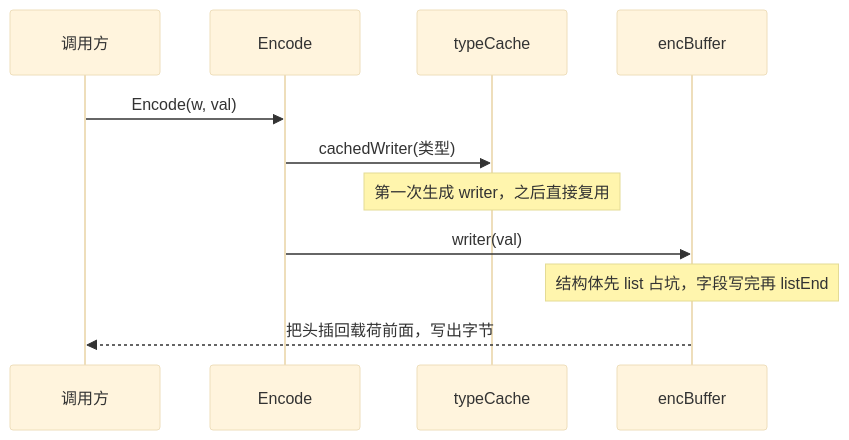
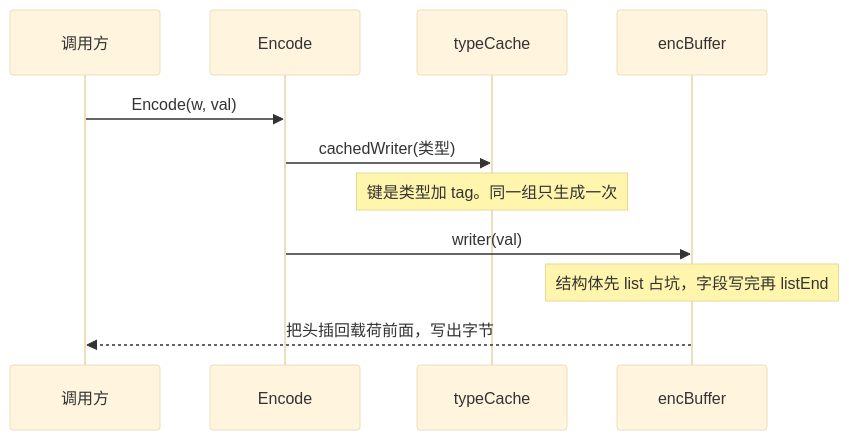
The sixth of 8 diagrams in rlp/LEARNING.md (lirui311012/go-ethereum), drawn with Mermaid (base theme) before and after one commit. The commit also changed other lines of this file, not shown here.

````diff
--- a/rlp/LEARNING.md
+++ b/rlp/LEARNING.md
@@ -238,14 +239,14 @@
 ```mermaid
 sequenceDiagram
     participant 调用方
     participant Encode
     participant 缓存 as typeCache
     participant 缓冲 as encBuffer
 
     调用方->>Encode: Encode(w, val)
     Encode->>缓存: cachedWriter(类型)
-    Note over 缓存: 第一次生成 writer，之后直接复用
+    Note over 缓存: 键是类型加 tag。同一组只生成一次
     Encode->>缓冲: writer(val)
     Note over 缓冲: 结构体先 list 占坑，字段写完再 listEnd
     缓冲-->>调用方: 把头插回载荷前面，写出字节
 ```
````
